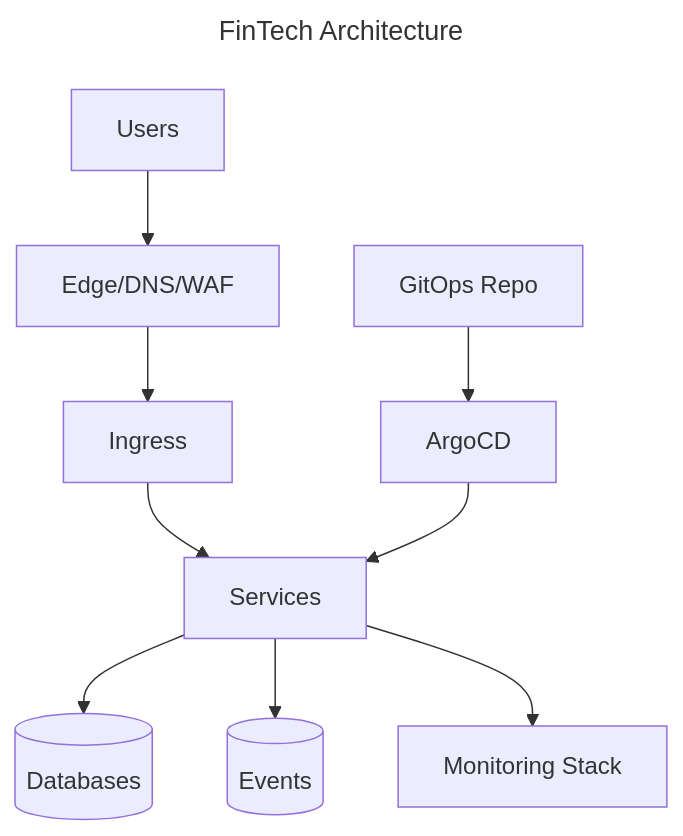
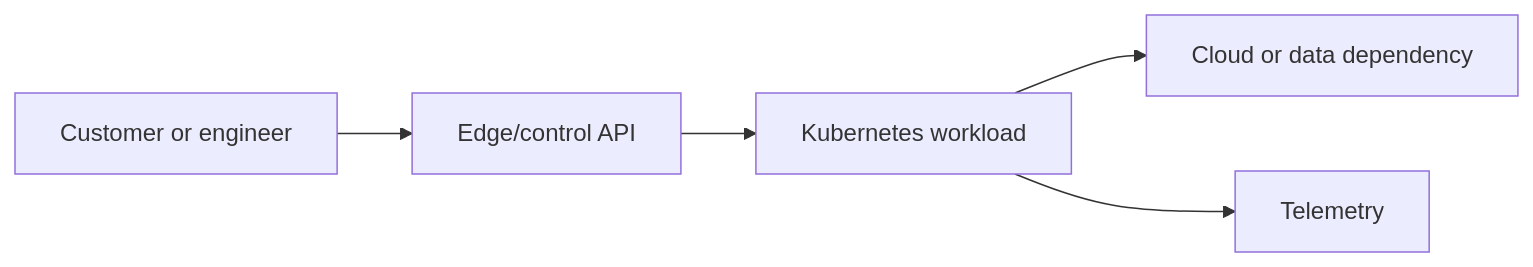
One commit to m1mohamad/devops-sre-prep changed the first of 8 diagrams in docs/simulator/index.md. Above: the diagram before and after it, drawn with Mermaid. The commit also changed other lines of this file and 100 other files, not shown here.

````diff
--- a/docs/simulator/index.md
+++ b/docs/simulator/index.md
@@ -423,14 +20,7 @@
 ```mermaid
----
-title: FinTech Architecture
----
-flowchart TB
-  Users-->Edge[Edge/DNS/WAF]
-  Edge-->Ingress
-  Ingress-->Services
-  Services-->Data[(Databases)]
-  Services-->Queue[(Events)]
-  Services-->Obs[Monitoring Stack]
-  Git[GitOps Repo]-->Argo[ArgoCD]
-  Argo-->Services
+flowchart LR
+  User1[Customer or engineer] --> Edge1[Edge/control API]
+  Edge1 --> Work1[Kubernetes workload]
+  Work1 --> Dep1[Cloud or data dependency]
+  Work1 --> Obs1[Telemetry]
 ```
````
